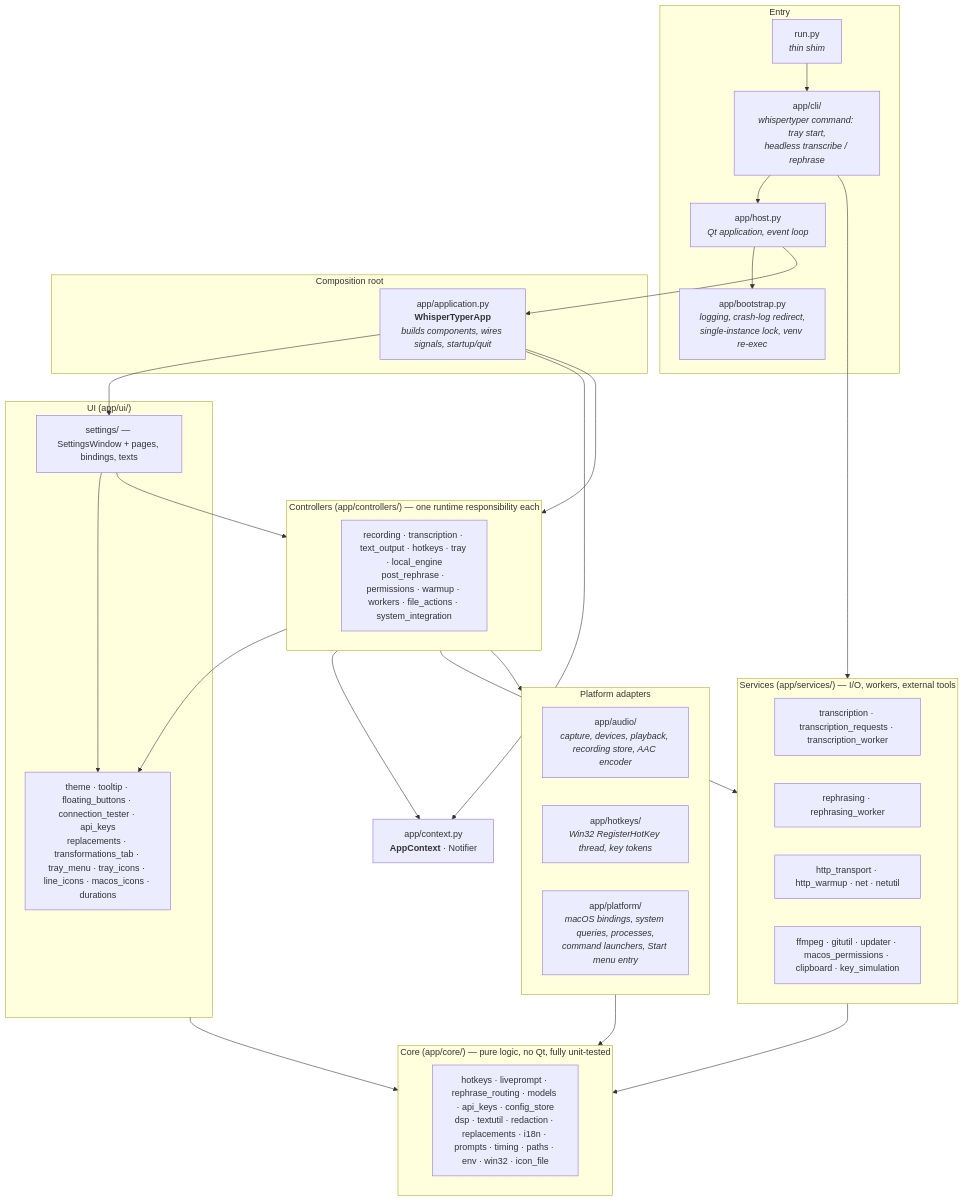
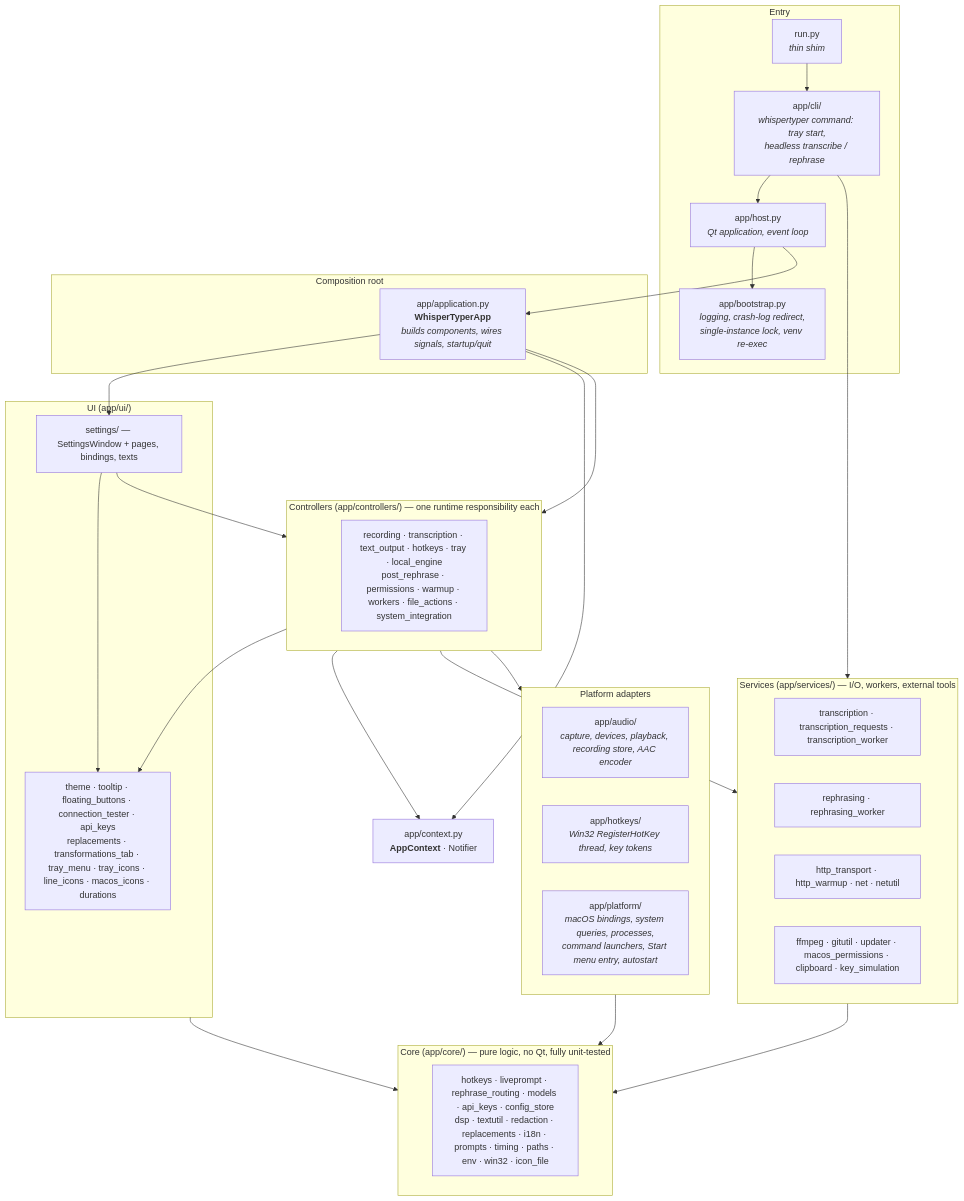
One commit to bjspi/WhisperTyper changed the first of 2 diagrams in docs/ARCHITECTURE.md. Above: the diagram before and after it, drawn with Mermaid. The commit also changed other lines of this file and 10 other files, not shown here.

Commit message:
feat(tray): Start with Windows switch, W in the tray menu

````diff
--- a/docs/ARCHITECTURE.md
+++ b/docs/ARCHITECTURE.md
@@ -23,59 +23,59 @@
 ```mermaid
 flowchart TB
     subgraph entry ["Entry"]
         RUN["run.py<br/><i>thin shim</i>"]
         CLI["app/cli/<br/><i>whispertyper command: tray start,<br/>headless transcribe / rephrase</i>"]
         HOST["app/host.py<br/><i>Qt application, event loop</i>"]
         BOOT["app/bootstrap.py<br/><i>logging, crash-log redirect,<br/>single-instance lock, venv re-exec</i>"]
     end
 
     subgraph comp ["Composition root"]
         APP["app/application.py<br/><b>WhisperTyperApp</b><br/><i>builds components, wires signals, startup/quit</i>"]
     end
 
     subgraph controllers ["Controllers (app/controllers/) — one runtime responsibility each"]
         CTRL["recording · transcription · text_output · hotkeys · tray · local_engine<br/>post_rephrase · permissions · warmup · workers · file_actions · system_integration"]
     end
 
     subgraph ui ["UI (app/ui/)"]
         SET["settings/ — SettingsWindow + pages, bindings, texts"]
         UIW["theme · tooltip · floating_buttons · connection_tester · api_keys<br/>replacements · transformations_tab · tray_menu · tray_icons · line_icons · macos_icons · durations"]
     end
 
     subgraph services ["Services (app/services/) — I/O, workers, external tools"]
         TW["transcription · transcription_requests · transcription_worker"]
         RW["rephrasing · rephrasing_worker"]
         NET["http_transport · http_warmup · net · netutil"]
         TOOLS["ffmpeg · gitutil · updater · macos_permissions · clipboard · key_simulation"]
     end
 
     subgraph platform ["Platform adapters"]
         AUD["app/audio/<br/><i>capture, devices, playback, recording store, AAC encoder</i>"]
         HK["app/hotkeys/<br/><i>Win32 RegisterHotKey thread, key tokens</i>"]
-        OS["app/platform/<br/><i>macOS bindings, system queries, processes,<br/>command launchers, Start menu entry</i>"]
+        OS["app/platform/<br/><i>macOS bindings, system queries, processes,<br/>command launchers, Start menu entry, autostart</i>"]
     end
 
     subgraph core ["Core (app/core/) — pure logic, no Qt, fully unit-tested"]
         CORE["hotkeys · liveprompt · rephrase_routing · models · api_keys · config_store<br/>dsp · textutil · redaction · replacements · i18n · prompts · timing · paths · env · win32 · icon_file"]
     end
 
     CTX["app/context.py<br/><b>AppContext</b> · Notifier"]
 
     RUN --> CLI
     CLI --> HOST
     CLI --> services
     HOST --> BOOT
     HOST --> APP
     APP --> controllers
     APP --> SET
     APP --> CTX
     SET --> controllers
     controllers --> CTX
     controllers --> services
     controllers --> platform
     controllers --> UIW
     SET --> UIW
     services --> core
     ui --> core
     platform --> core
 ```
````
